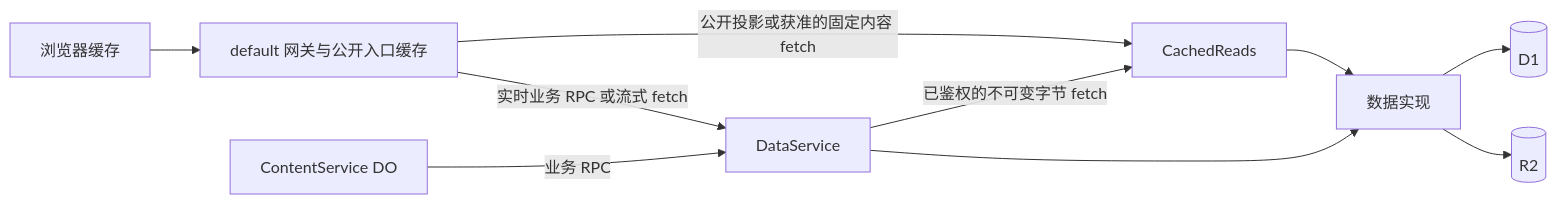
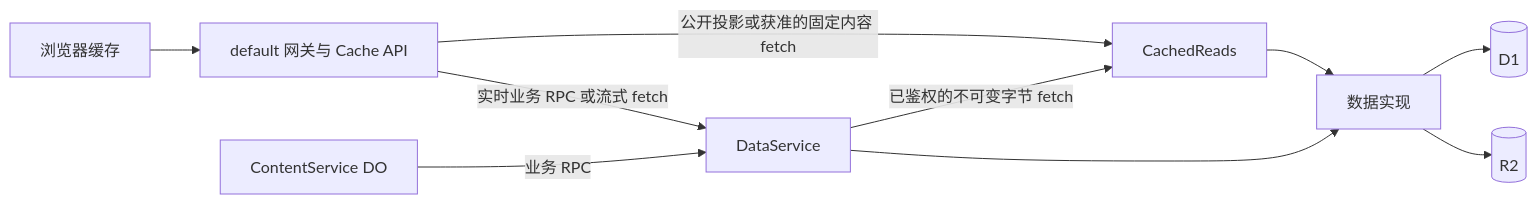
The diagram in docs/reference/cache-design.md (The-poem-of-destiny/workshop), drawn with Mermaid before and after one commit. The commit also changed other lines of this file and 11 other files, not shown here.

Commit message:
Document classified Cache API policy

````diff
--- a/docs/reference/cache-design.md
+++ b/docs/reference/cache-design.md
@@ -7,12 +7,12 @@
 ```mermaid
 flowchart LR
-    B[浏览器缓存] --> G[default 网关与公开入口缓存]
+    B[浏览器缓存] --> G[default 网关与 Cache API]
     G -->|公开投影或获准的固定内容 fetch| C[CachedReads]
     G -->|实时业务 RPC 或流式 fetch| D[DataService]
     O[ContentService DO] -->|业务 RPC| D
     D -->|已鉴权的不可变字节 fetch| C
     C --> S[数据实现]
     D --> S
     S --> DB[(D1)]
     S --> R2[(R2)]
 ```
````
